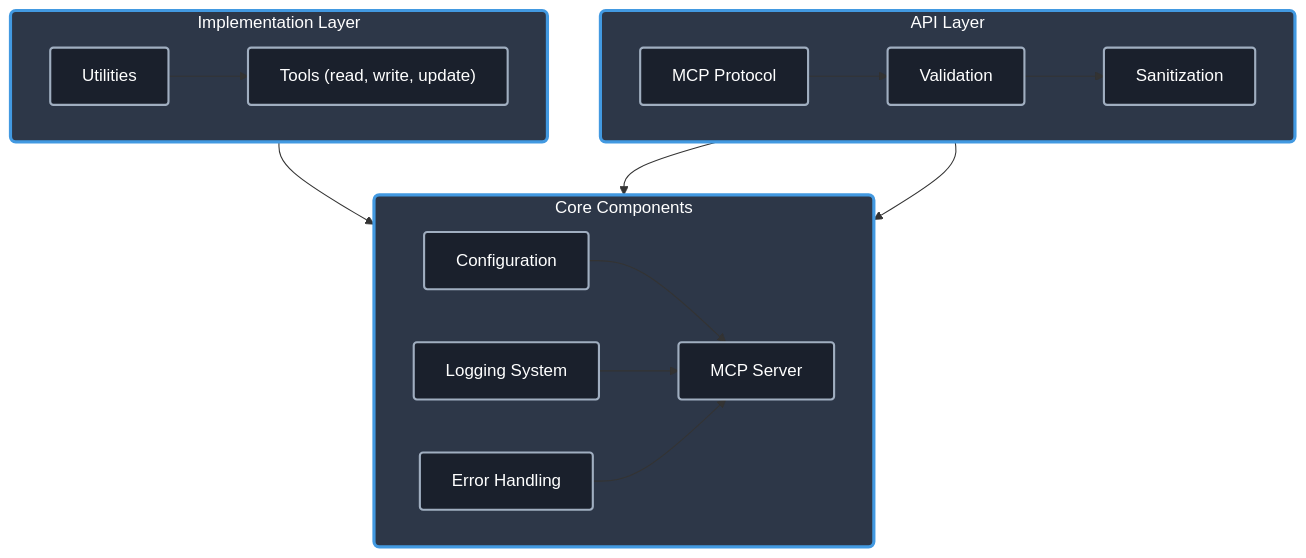
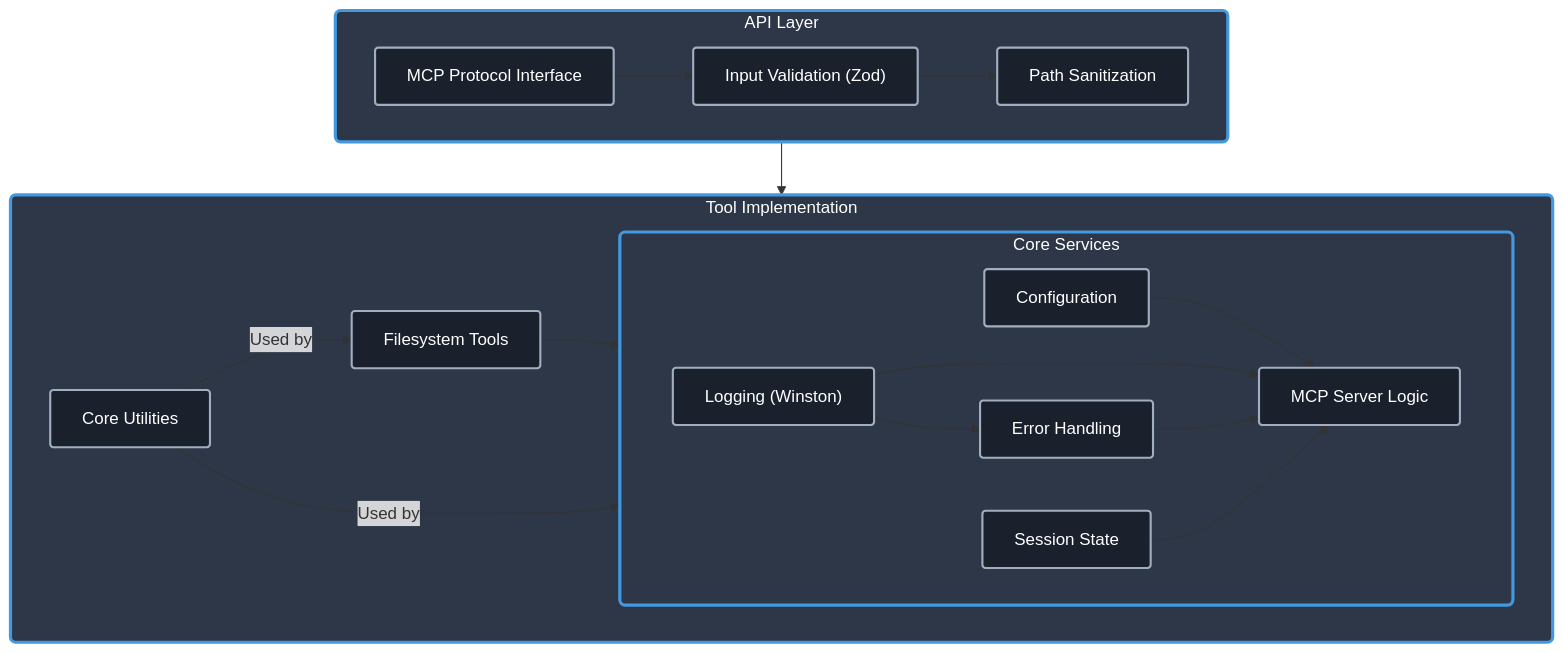
The diagram in README.md (sandraschi/filesystem-mcp-server), drawn with Mermaid before and after one commit. The commit also changed other lines of this file, not shown here.

````diff
--- a/README.md
+++ b/README.md
@@ -59,40 +41,42 @@
 ```mermaid
 flowchart TB
     subgraph API["API Layer"]
         direction LR
-        MCP["MCP Protocol"]
-        Val["Validation"]
-        San["Sanitization"]
+        MCP["MCP Protocol Interface"]
+        Val["Input Validation (Zod)"]
+        San["Path Sanitization"]
 
         MCP --> Val --> San
     end
 
-    subgraph Core["Core Components"]
+    subgraph Core["Core Services"]
         direction LR
         Config["Configuration"]
-        Logger["Logging System"]
+        Logger["Logging (Winston)"]
         Error["Error Handling"]
-        Server["MCP Server"]
+        Server["MCP Server Logic"]
+        State["Session State"]
 
         Config --> Server
-        Logger --> Server
+        Logger --> Server & Error
         Error --> Server
+        State --> Server
     end
 
-    subgraph Implementation["Implementation Layer"]
+    subgraph Implementation["Tool Implementation"]
         direction LR
-        Tool["Tools (read, write, update)"]
-        Util["Utilities"]
+        ToolLogic["Filesystem Tools"]
+        Utils["Core Utilities"]
 
-        Tool --> Server
-        Util --> Tool
+        ToolLogic --> Server
+        Utils -- Used by --> ToolLogic
+        Utils -- Used by --> Core
     end
 
-    San --> Config
-    San --> Server
+    San --> ToolLogic
 
     classDef layer fill:#2d3748,stroke:#4299e1,stroke-width:3px,rx:5,color:#fff
     classDef component fill:#1a202c,stroke:#a0aec0,stroke-width:2px,rx:3,color:#fff
     class API,Core,Implementation layer
-    class MCP,Val,San,Config,Logger,Error,Server,Tool,Util component
+    class MCP,Val,San,Config,Logger,Error,Server,State,ToolLogic,Utils component
 ```
````
